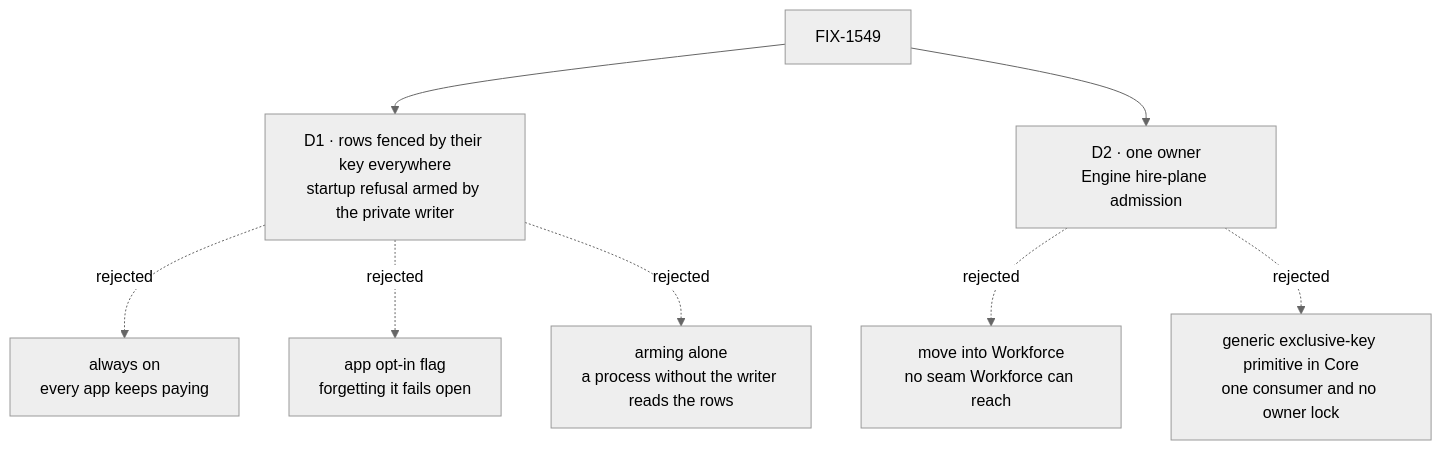
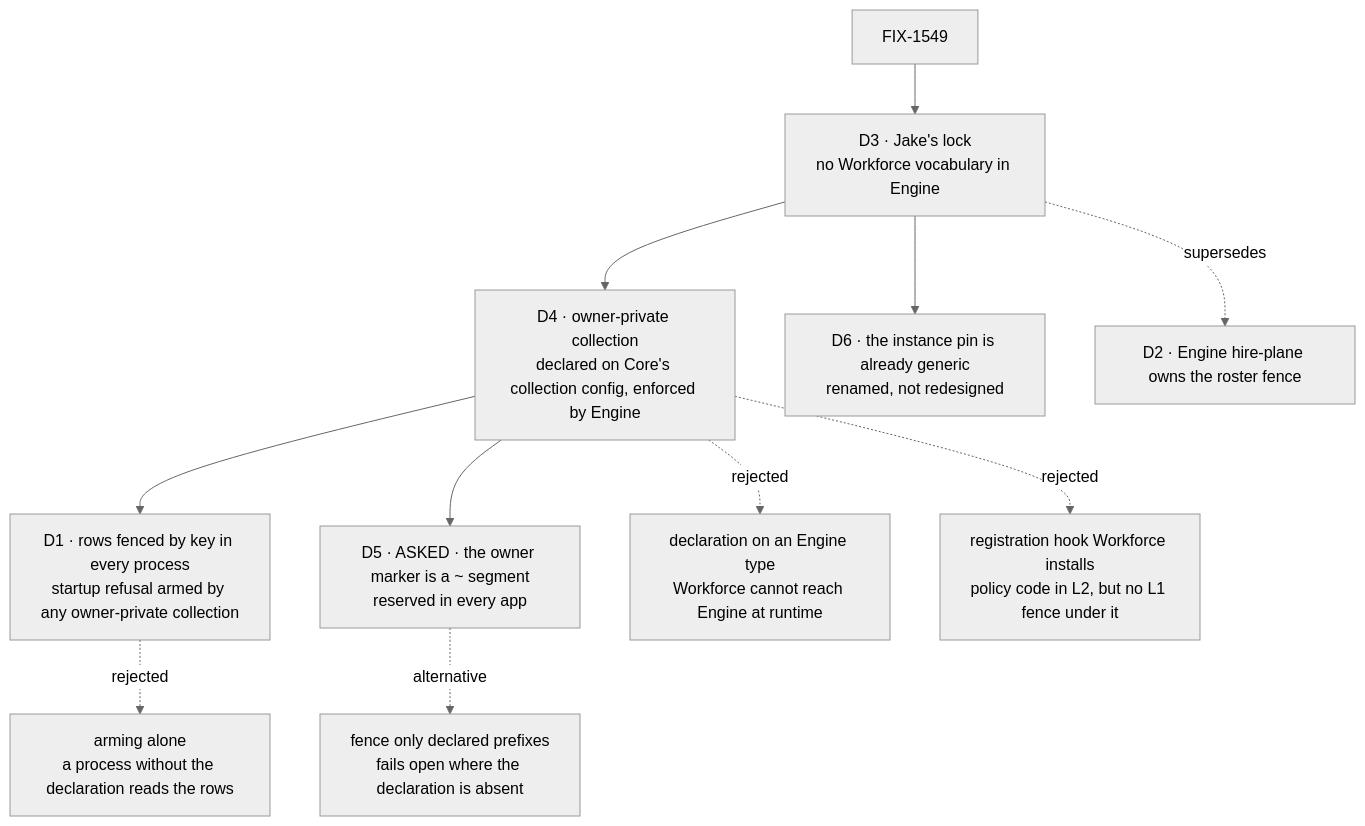
One commit to fixpoint-labs/flow-state-dev changed the diagram in specs/issues/FIX-1549/DECISIONS.md. Above: the diagram before and after it, drawn with Mermaid (neutral theme). The commit also changed other lines of this file and 6 other files, not shown here.

First line of the commit message:
spec(FIX-1549): amend: lift Workforce vocabulary out of Engine via an owner-private collection primitive

````diff
--- a/specs/issues/FIX-1549/DECISIONS.md
+++ b/specs/issues/FIX-1549/DECISIONS.md
@@ -10,10 +11,13 @@
 ```mermaid
 flowchart TD
-  I["FIX-1549"] --> D1["D1 · rows fenced by their key everywhere<br/>startup refusal armed by the private writer"]
-  D1 -.->|"rejected"| X1["always on<br/>every app keeps paying"]
-  D1 -.->|"rejected"| X2["app opt-in flag<br/>forgetting it fails open"]
-  D1 -.->|"rejected"| X5["arming alone<br/>a process without the writer reads the rows"]
-  I --> D2["D2 · one owner<br/>Engine hire-plane admission"]
-  D2 -.->|"rejected"| X3["move into Workforce<br/>no seam Workforce can reach"]
-  D2 -.->|"rejected"| X4["generic exclusive-key primitive in Core<br/>one consumer and no owner lock"]
+  I["FIX-1549"] --> D3["D3 · Jake's lock<br/>no Workforce vocabulary in Engine"]
+  D3 --> D4["D4 · owner-private collection<br/>declared on Core's collection config, enforced by Engine"]
+  D3 --> D6["D6 · the instance pin is already generic<br/>renamed, not redesigned"]
+  D4 --> D1["D1 · rows fenced by key in every process<br/>startup refusal armed by any owner-private collection"]
+  D4 --> D5["D5 · ASKED · the owner marker is a ~ segment<br/>reserved in every app"]
+  D3 -.->|"supersedes"| D2["D2 · Engine hire-plane owns the roster fence"]
+  D4 -.->|"rejected"| X1["declaration on an Engine type<br/>Workforce cannot reach Engine at runtime"]
+  D4 -.->|"rejected"| X2["registration hook Workforce installs<br/>policy code in L2, but no L1 fence under it"]
+  D5 -.->|"alternative"| X3["fence only declared prefixes<br/>fails open where the declaration is absent"]
+  D1 -.->|"rejected"| X5["arming alone<br/>a process without the declaration reads the rows"]
 ```
````
